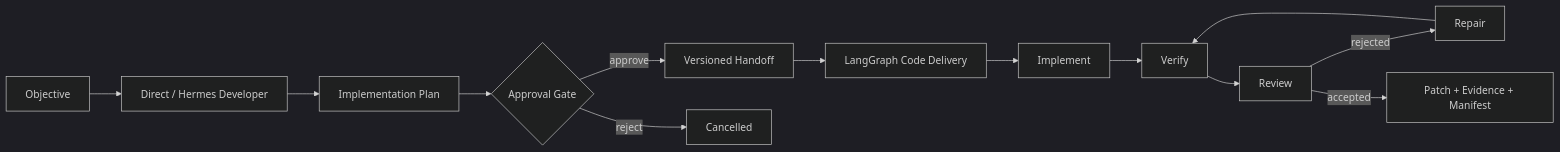
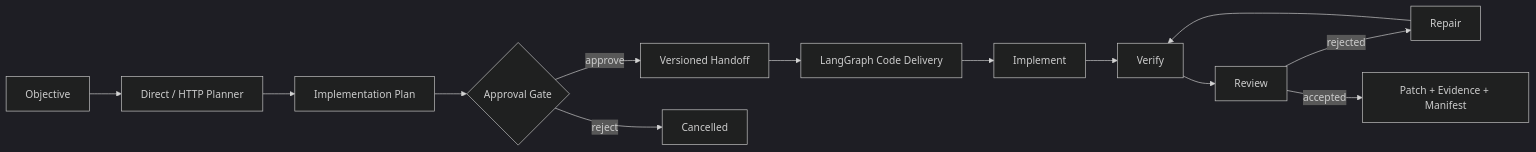
Before and after one commit to Jinchengawu/Agent-Capability-Workflow-Matrix: the diagram in README.md, drawn with Mermaid (dark theme). The commit also changed other lines of this file and 38 other files, not shown here.

````diff
--- a/README.md
+++ b/README.md
@@ -7,15 +7,15 @@
 ```mermaid
 flowchart LR
-    O[Objective] --> D[Direct / Hermes Developer]
+    O[Objective] --> D[Direct / HTTP Planner]
     D --> P[Implementation Plan]
     P --> G{Approval Gate}
     G -->|approve| H[Versioned Handoff]
     G -->|reject| C[Cancelled]
     H --> L[LangGraph Code Delivery]
     L --> I[Implement]
     I --> V[Verify]
     V --> R[Review]
     R -->|rejected| X[Repair]
     X --> V
     R -->|accepted| A[Patch + Evidence + Manifest]
 ```
````
